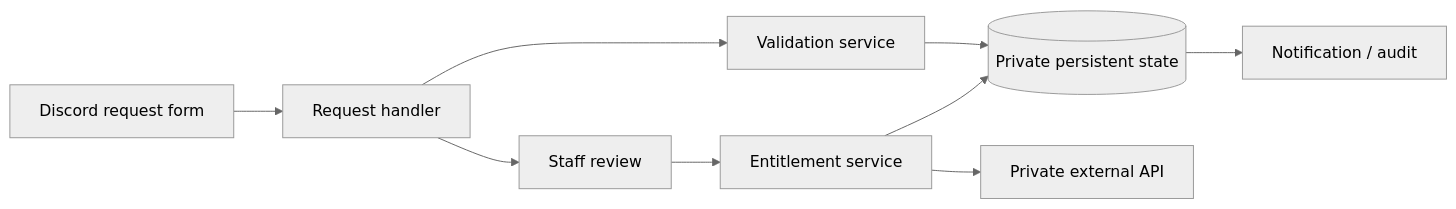
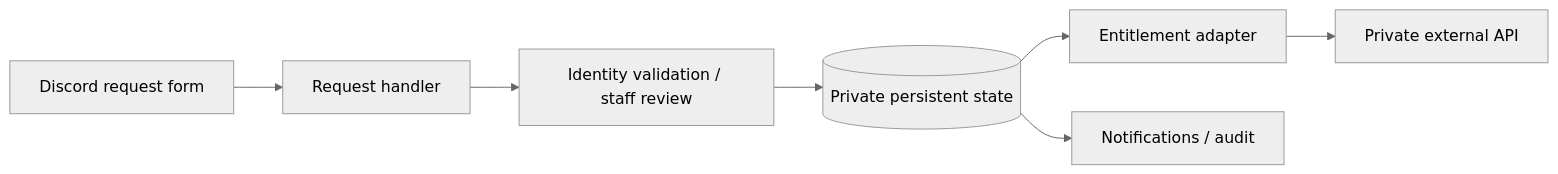
One commit to Scumbagsss/priority-access-bot changed the second of 2 diagrams in README.md. Above: the diagram before and after it, drawn with Mermaid (neutral theme). The commit also changed other lines of this file and 10 other files, not shown here.

````diff
--- a/README.md
+++ b/README.md
@@ -51,11 +69,9 @@
 ```mermaid
 flowchart LR
   U[Discord request form] --> D[Request handler]
-  D --> V[Validation service]
+  D --> V[Identity validation / staff review]
   V --> S[(Private persistent state)]
-  D --> A[Staff review]
-  A --> E[Entitlement service]
+  S --> E[Entitlement adapter]
   E --> X[Private external API]
-  E --> S
-  S --> N[Notification / audit]
+  S --> N[Notifications / audit]
 ```
````
